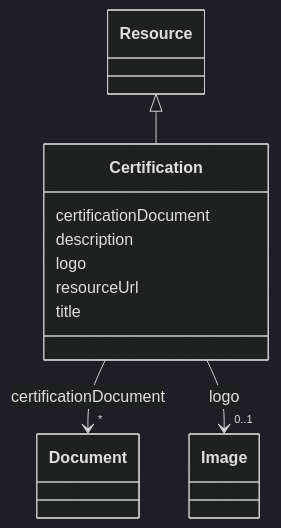
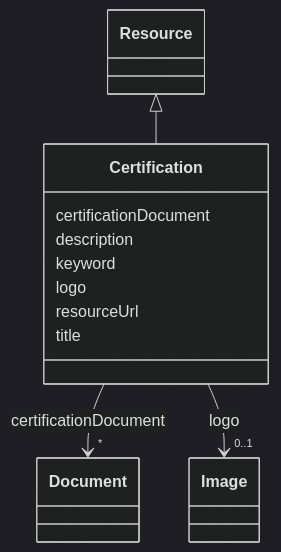
One commit to EVORA-project/evora-ontology changed the diagram in models/docs/Certification.md. Above: the diagram before and after it, drawn with Mermaid (dark theme). The commit also changed other lines of this file and 402 other files, not shown here.

````diff
--- a/models/docs/Certification.md
+++ b/models/docs/Certification.md
@@ -19,33 +19,35 @@
 ```mermaid
  classDiagram
     class Certification
     click Certification href "../Certification"
       Resource <|-- Certification
         click Resource href "../Resource"
       
       Certification : certificationDocument
         
           
     
     
     Certification --> "*" Document : certificationDocument
     click Document href "../Document"
 
         
       Certification : description
         
+      Certification : keyword
+        
       Certification : logo
         
           
     
     
     Certification --> "0..1" Image : logo
     click Image href "../Image"
 
         
       Certification : resourceUrl
         
       Certification : title
         
       
 ```
````
